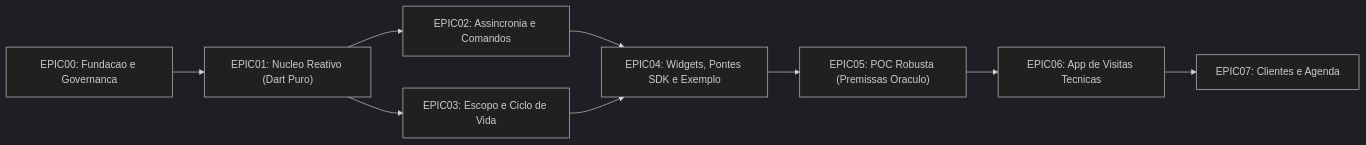
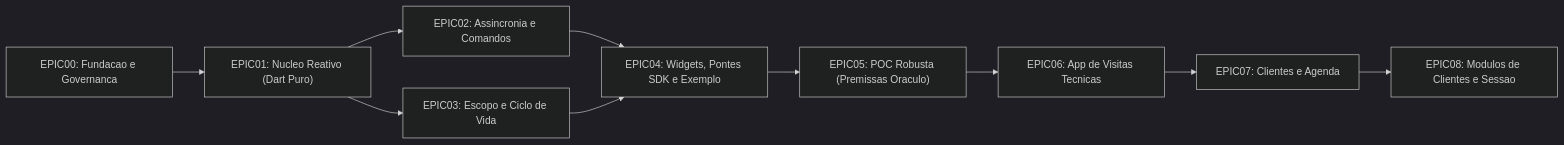
The diagram in docs/plan/README.md (DenersonNobre/Kortex), drawn with Mermaid (dark theme) before and after one commit. The commit also changed other lines of this file and 43 other files, not shown here.

Commit message:
feat(poc): clientes e sessao em modulos proprios; tecnico = usuario da sessao (EPIC08)

````diff
--- a/docs/plan/README.md
+++ b/docs/plan/README.md
@@ -10,11 +10,12 @@
 ```mermaid
 flowchart LR
     E0["EPIC00: Fundacao e Governanca"] --> E1["EPIC01: Nucleo Reativo (Dart Puro)"]
     E1 --> E2["EPIC02: Assincronia e Comandos"]
     E1 --> E3["EPIC03: Escopo e Ciclo de Vida"]
     E2 --> E4["EPIC04: Widgets, Pontes SDK e Exemplo"]
     E3 --> E4
     E4 --> E5["EPIC05: POC Robusta (Premissas Oraculo)"]
     E5 --> E6["EPIC06: App de Visitas Tecnicas"]
     E6 --> E7["EPIC07: Clientes e Agenda"]
+    E7 --> E8["EPIC08: Modulos de Clientes e Sessao"]
 ```
````
